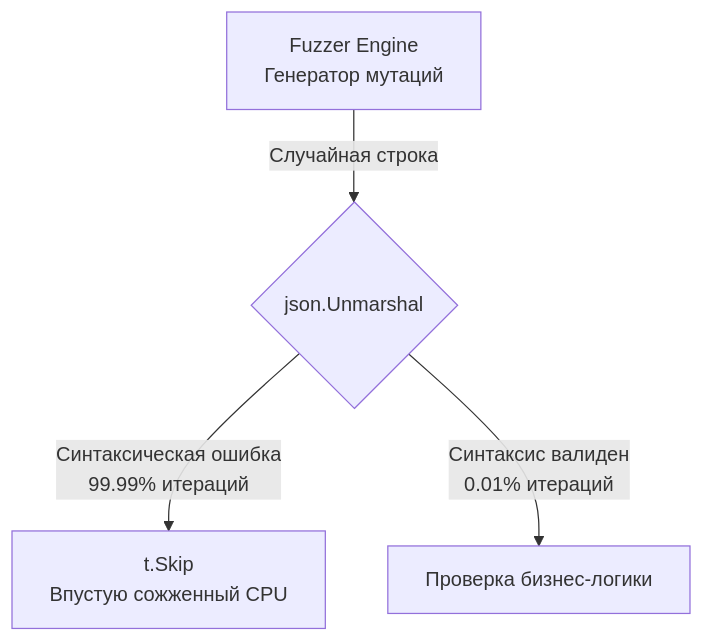
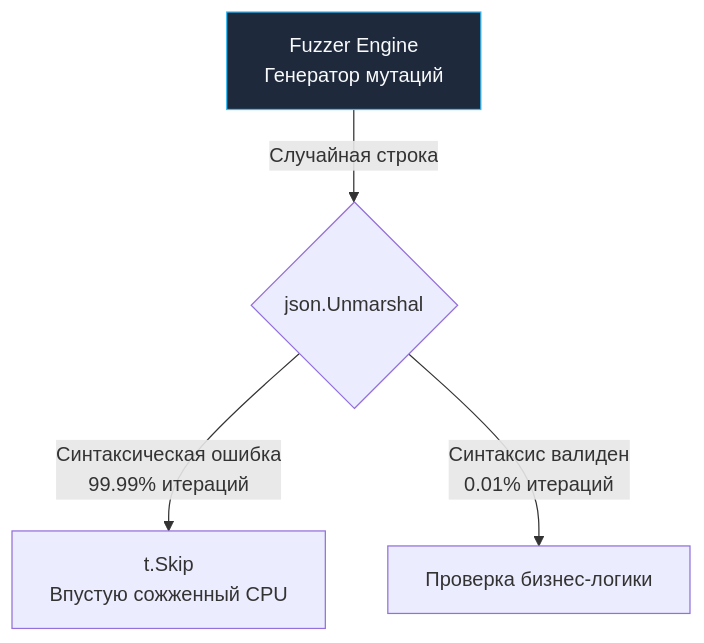
One commit to UnrealTemplier/go-textbook changed the diagram in sources/15. Тестирование в Go (QA & Testing)/08. Фаззинг/3. Генерация входных данных.md. Above: the diagram before and after it, drawn with Mermaid. The commit also changed 1666 other files, not shown here.

First line of the commit message:
feat(mermaid): add semantic color classDef to 1369 colorless flowchart/graph diagrams

````diff
--- a/sources/15. Тестирование в Go (QA & Testing)/08. Фаззинг/3. Генерация входных данных.md
+++ b/sources/15. Тестирование в Go (QA & Testing)/08. Фаззинг/3. Генерация входных данных.md
@@ -48,6 +48,16 @@
 ```mermaid
 flowchart TD
-    A["Fuzzer Engine<br>Генератор мутаций"] -->|"Случайная строка"| B{"json.Unmarshal"}
+    classDef process  fill:#1e293b,stroke:#38bdf8,stroke-width:1px,color:#f8fafc
+    classDef success  fill:#064e3b,stroke:#34d399,stroke-width:1px,color:#f8fafc
+    classDef error    fill:#7f1d1d,stroke:#f87171,stroke-width:1px,color:#f8fafc
+    classDef warning  fill:#78350f,stroke:#fbbf24,stroke-width:1px,color:#f8fafc
+    classDef entry    fill:#1e3a5f,stroke:#38bdf8,stroke-width:2px,color:#f8fafc
+    classDef aux      fill:#334155,stroke:#64748b,stroke-width:1px,color:#f8fafc
+    classDef system   fill:#312e81,stroke:#a78bfa,stroke-width:1px,color:#f8fafc
+    classDef data     fill:#132d29,stroke:#2dd4bf,stroke-width:1px,color:#f8fafc
+    classDef network  fill:#881337,stroke:#fb7185,stroke-width:1px,color:#f8fafc
+    classDef accent   fill:#1e1b4b,stroke:#818cf8,stroke-width:1px,color:#f8fafc
+    A["Fuzzer Engine<br>Генератор мутаций"]:::process -->|"Случайная строка"| B{"json.Unmarshal"}
     B -->|"Синтаксическая ошибка<br>99.99% итераций"| C["t.Skip<br>Впустую сожженный CPU"]
     B -->|"Синтаксис валиден<br>0.01% итераций"| D["Проверка бизнес-логики"]
 ```
````
